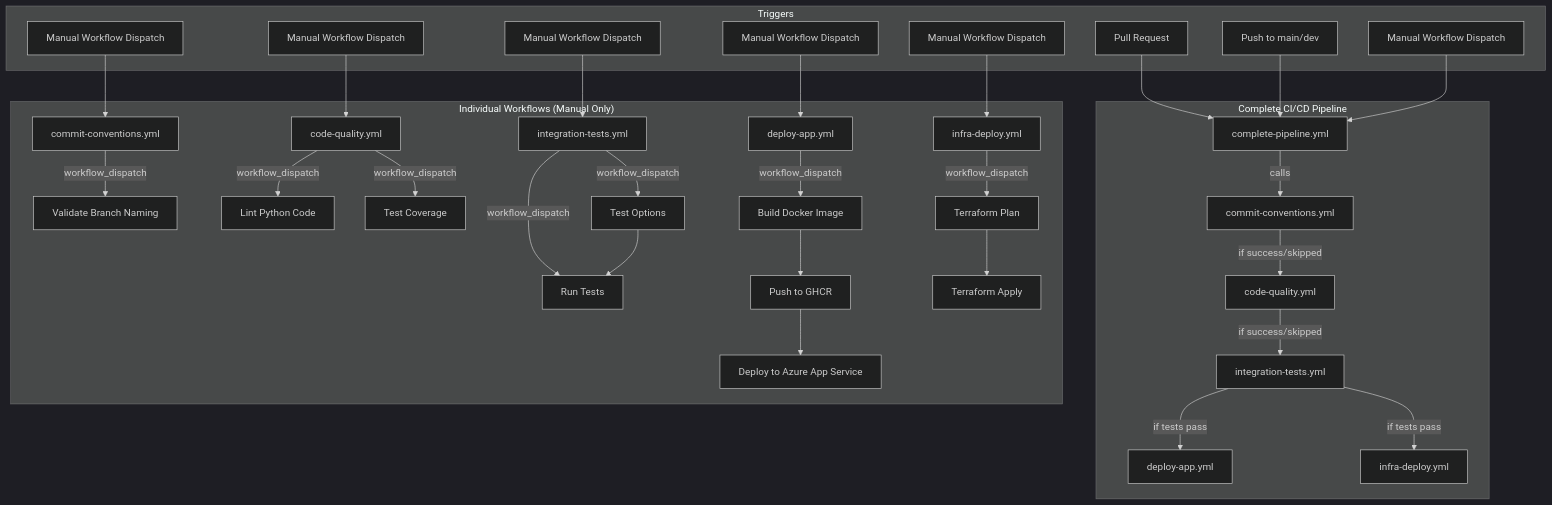
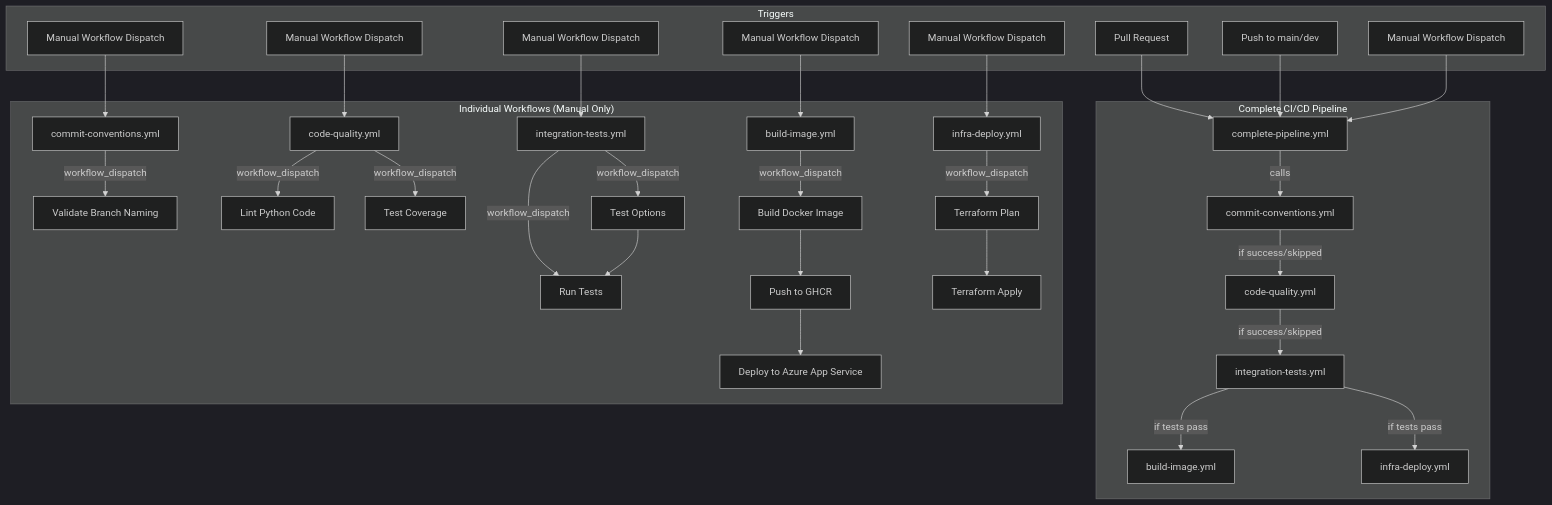
Before and after one commit to sdamache/konveyor: the first of 4 diagrams in docs/github_workflows.md, drawn with Mermaid (dark theme). The commit also changed other lines of this file, not shown here.

Commit message:
Update workflow documentation to replace references from deploy-app.yml to build-image.yml

````diff
--- a/docs/github_workflows.md
+++ b/docs/github_workflows.md
@@ -20,39 +20,39 @@
 ```mermaid
 graph TD
     subgraph "Complete CI/CD Pipeline"
         pipeline[complete-pipeline.yml] --> |calls| branch[commit-conventions.yml]
         branch --> |if success/skipped| quality[code-quality.yml]
         quality --> |if success/skipped| tests[integration-tests.yml]
-        tests --> |if tests pass| deploy[deploy-app.yml]
+        tests --> |if tests pass| deploy[build-image.yml]
         tests --> |if tests pass| infra[infra-deploy.yml]
     end
 
     subgraph "Individual Workflows (Manual Only)"
         branch_ind[commit-conventions.yml] --> |workflow_dispatch| validate[Validate Branch Naming]
 
         quality_ind[code-quality.yml] --> |workflow_dispatch| lint[Lint Python Code]
         quality_ind --> |workflow_dispatch| coverage[Test Coverage]
 
         tests_ind[integration-tests.yml] --> |workflow_dispatch| run_tests[Run Tests]
         tests_ind --> |workflow_dispatch| test_options[Test Options]
         test_options --> run_tests
 
-        deploy_ind[deploy-app.yml] --> |workflow_dispatch| build[Build Docker Image]
+        deploy_ind[build-image.yml] --> |workflow_dispatch| build[Build Docker Image]
         build --> push[Push to GHCR]
         push --> deploy_app[Deploy to Azure App Service]
 
         infra_ind[infra-deploy.yml] --> |workflow_dispatch| plan[Terraform Plan]
         plan --> apply[Terraform Apply]
     end
 
     subgraph "Triggers"
         pr[Pull Request] --> pipeline
         push_main[Push to main/dev] --> pipeline
         manual[Manual Workflow Dispatch] --> pipeline
         manual2[Manual Workflow Dispatch] --> branch_ind
         manual3[Manual Workflow Dispatch] --> quality_ind
         manual4[Manual Workflow Dispatch] --> tests_ind
         manual5[Manual Workflow Dispatch] --> deploy_ind
         manual6[Manual Workflow Dispatch] --> infra_ind
     end
 ```
````
